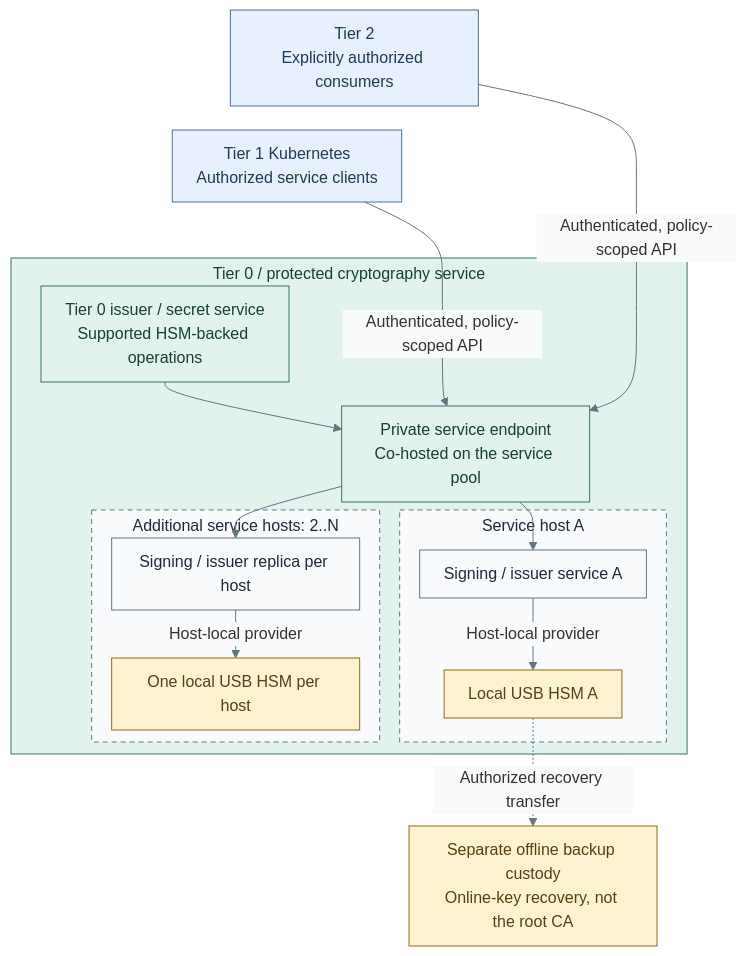
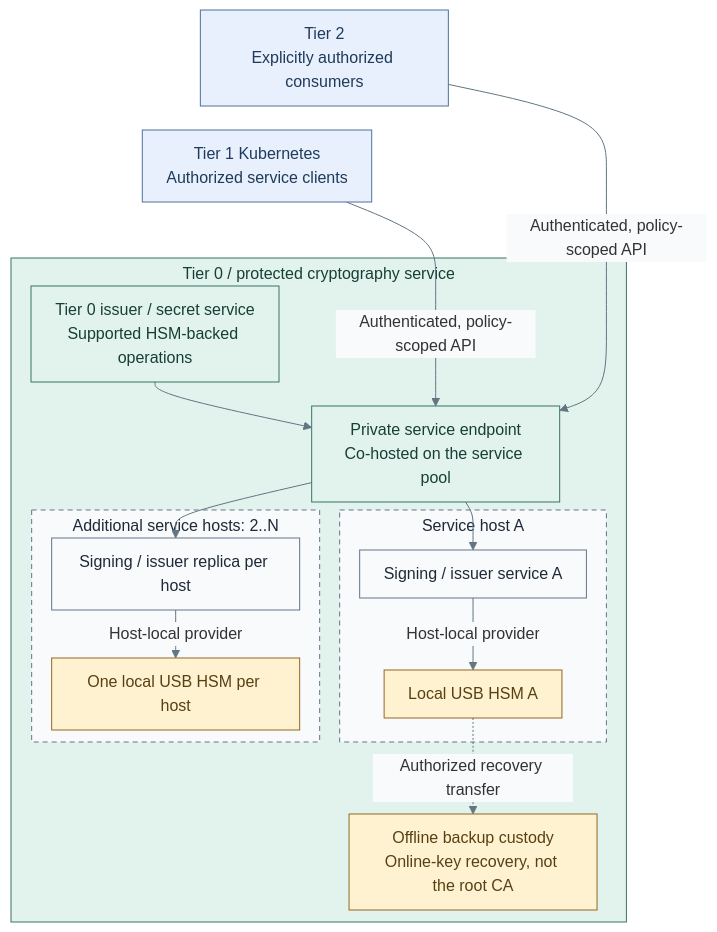
One commit to Rexus/homelab changed the diagram in docs/architecture/cryptography/usb-hsm.md. Above: the diagram before and after it, drawn with Mermaid. The commit also changed 22 other files, not shown here.

Commit message:
docs(diagrams): clarify tier boundaries and deployment layouts

````diff
--- a/docs/architecture/cryptography/usb-hsm.md
+++ b/docs/architecture/cryptography/usb-hsm.md
@@ -28,38 +28,38 @@
 ```mermaid
 %%{init: {"theme":"base","flowchart":{"nodeSpacing":20,"rankSpacing":24,"padding":12,"subGraphTitleMargin":{"top":4,"bottom":12}},"themeVariables":{"lineColor":"#627581","edgeLabelBackground":"#f8fafc"}}}%%
 flowchart TB
   T2["Tier 2<br/>Explicitly authorized consumers"]
   T1["Tier 1 Kubernetes<br/>Authorized service clients"]
   T2 ~~~ T1
   subgraph T0["Tier 0 / protected cryptography service"]
     C0["Tier 0 issuer / secret service<br/>Supported HSM-backed operations"]
     Endpoint["Private service endpoint<br/>Co-hosted on the service pool"]
     subgraph A["Service host A"]
       S1["Signing / issuer service A"]
       H1["Local USB HSM A"]
       S1 -->|Host-local provider| H1
     end
     subgraph B["Additional service hosts: 2..N"]
       S2["Signing / issuer replica per host"]
       H2["One local USB HSM per host"]
       S2 -->|Host-local provider| H2
     end
     C0 --> Endpoint
     Endpoint --> S1
     Endpoint --> S2
+    Backup["Offline backup custody<br/>Online-key recovery, not the root CA"]
+    H1 -. Authorized recovery transfer .-> Backup
   end
   T1 ~~~ C0
   T1 -->|Authenticated, policy-scoped API| Endpoint
   T2 -->|Authenticated, policy-scoped API| Endpoint
-  Backup["Separate offline backup custody<br/>Online-key recovery, not the root CA"]
-  H1 -. Authorized recovery transfer .-> Backup
   classDef default fill:#f8fafc,stroke:#64748b,color:#1f2937
   classDef services fill:#e7f0fc,stroke:#4d719b,color:#203a5b
   classDef control fill:#e2f3ed,stroke:#397366,color:#173f36
   classDef replicas fill:#f8fafc,stroke:#64748b,color:#1f2937,stroke-dasharray:5 4
   classDef custody fill:#fff2d1,stroke:#926820,color:#584013
   class T2,T1 services
   class T0,C0,Endpoint control
   class A,B replicas
   class H1,H2,Backup custody
 ```
````
